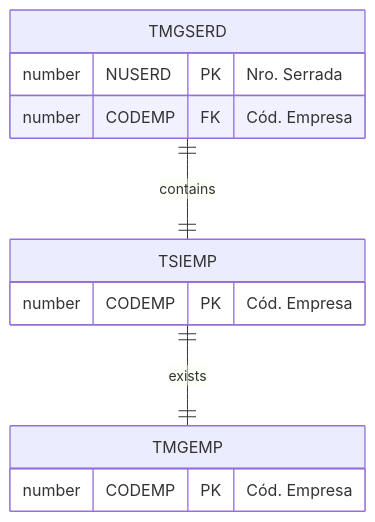
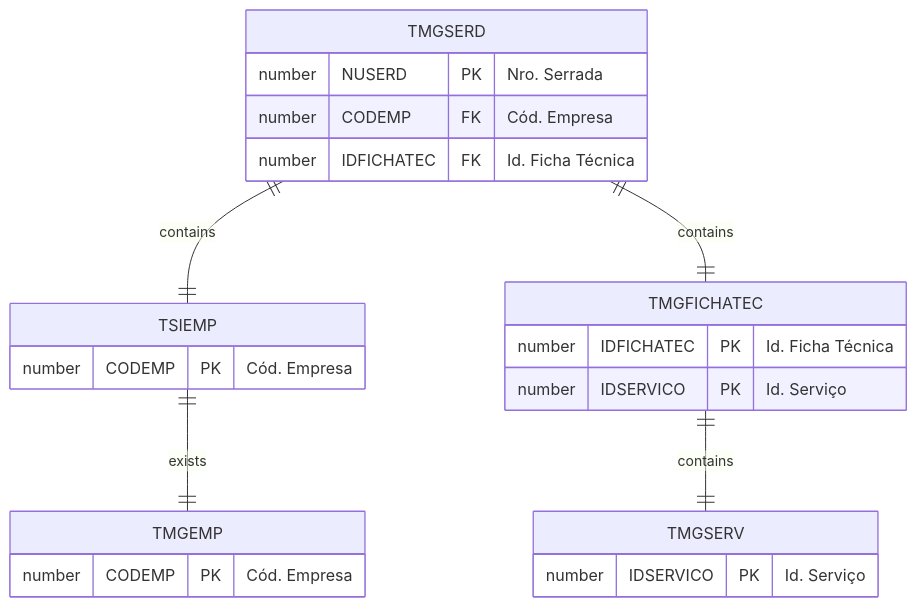
One commit to cbmsoft/margrandocs changed the third of 3 diagrams in docs/_database/index.md. Above: the diagram before and after it, drawn with Mermaid. The commit also changed other lines of this file and 3 other files, not shown here.

````diff
--- a/docs/_database/index.md
+++ b/docs/_database/index.md
@@ -165,17 +167,27 @@
 ```mermaid
 erDiagram
     TMGSERD ||--|| TSIEMP : contains
+    TMGSERD ||--|| TMGFICHATEC : contains
+    TMGFICHATEC ||--|| TMGSERV : contains
     
     TSIEMP ||--|| TMGEMP : exists
 
     TMGSERD {
         number NUSERD PK "Nro. Serrada"
         number CODEMP FK "Cód. Empresa"
+        number IDFICHATEC FK "Id. Ficha Técnica"
     }
     TSIEMP {
         number CODEMP PK "Cód. Empresa"
     }
     TMGEMP {
         number CODEMP PK "Cód. Empresa"
     }
+    TMGFICHATEC {
+        number IDFICHATEC PK "Id. Ficha Técnica"
+		number IDSERVICO PK "Id. Serviço"
+    }
+	TMGSERV {
+		number IDSERVICO PK "Id. Serviço"
+	}
 ```
````
